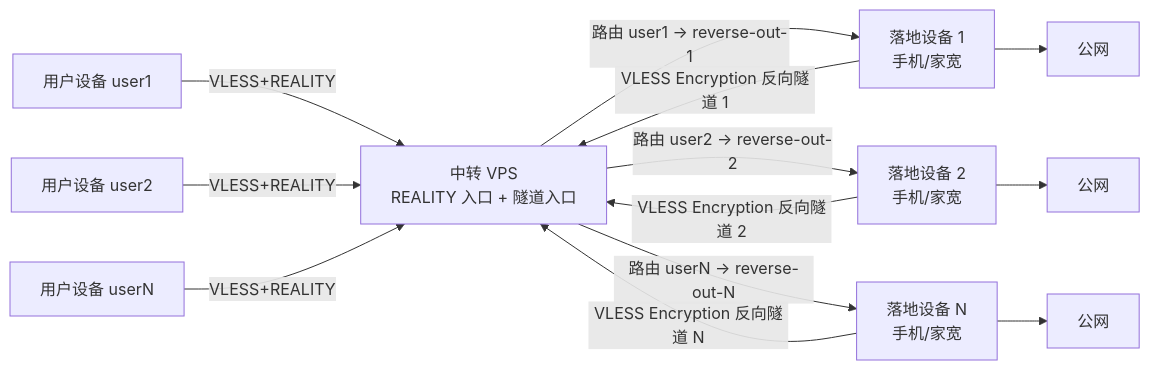
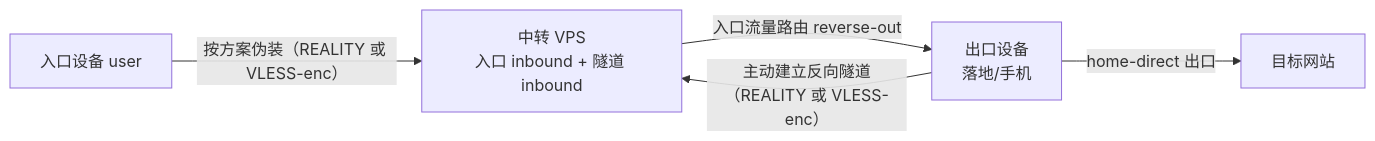
Before and after one commit to loser641/xray-reverse-setup: the diagram in README.md, drawn with Mermaid. The commit also changed other lines of this file and 1 other file, not shown here.

Commit message:
Support four deployment scenarios (1-4, combinable) + optional VPS-direct REALITY node; tunnel may use REALITY or VLESS-enc per device location

````diff
--- a/README.md
+++ b/README.md
@@ -15,26 +24,12 @@
 ```mermaid
 flowchart LR
-    U1[用户设备 user1]
-    U2[用户设备 user2]
-    UN[用户设备 userN]
-    V[中转 VPS<br/>REALITY 入口 + 隧道入口]
-    L1[落地设备 1<br/>手机/家宽]
-    L2[落地设备 2<br/>手机/家宽]
-    LN[落地设备 N<br/>手机/家宽]
-    P1[公网]
-    P2[公网]
-    PN[公网]
+    U[入口设备 user]
+    V[中转 VPS<br/>入口 inbound + 隧道 inbound]
+    E[出口设备<br/>落地/手机]
+    P[目标网站]
 
-    U1 -- VLESS+REALITY --> V
-    U2 -- VLESS+REALITY --> V
-    UN -- VLESS+REALITY --> V
-    L1 -- VLESS Encryption 反向隧道 1 --> V
-    L2 -- VLESS Encryption 反向隧道 2 --> V
-    LN -- VLESS Encryption 反向隧道 N --> V
-    V -- 路由 user1 → reverse-out-1 --> L1
-    V -- 路由 user2 → reverse-out-2 --> L2
-    V -- 路由 userN → reverse-out-N --> LN
-    L1 --> P1
-    L2 --> P2
-    LN --> PN
+    U -- 按方案伪装（REALITY 或 VLESS-enc） --> V
+    E -- 主动建立反向隧道（REALITY 或 VLESS-enc） --> V
+    V -- 入口流量路由 reverse-out --> E
+    E -- home-direct 出口 --> P
 ```
````
